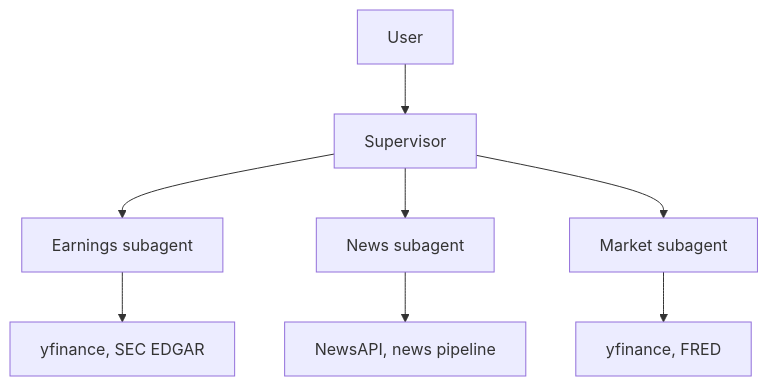
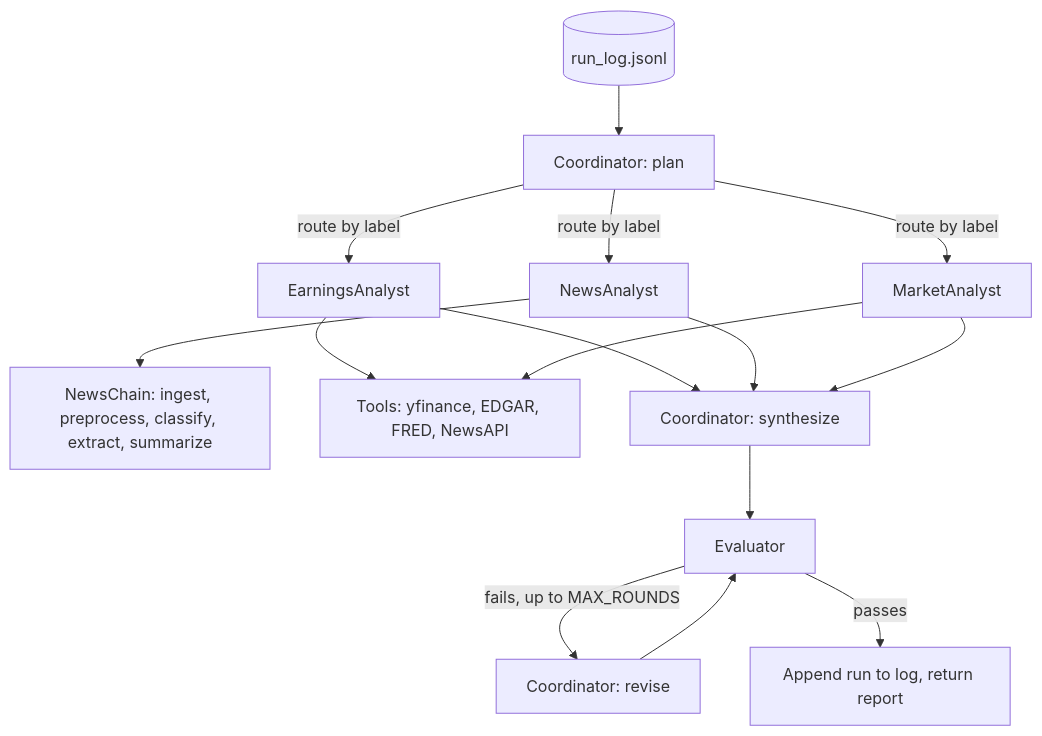
The diagram in README.md (seanmcgowanx/multi-agent-financial-analyst), drawn with Mermaid before and after one commit. The commit also changed other lines of this file and 22 other files, not shown here.

First line of the commit message:
refactor: replace LangChain scaffold with lab-style agent architecture

````diff
--- a/README.md
+++ b/README.md
@@ -10,10 +12,14 @@
 ```mermaid
 flowchart TD
-    U[User] --> S[Supervisor]
-    S --> E[Earnings subagent]
-    S --> N[News subagent]
-    S --> M[Market subagent]
-    E --> ET[yfinance, SEC EDGAR]
-    N --> NT[NewsAPI, news pipeline]
-    M --> MT[yfinance, FRED]
+    M[(run_log.jsonl)] --> C[Coordinator: plan]
+    C -- route by label --> E[EarningsAnalyst]
+    C -- route by label --> N[NewsAnalyst]
+    C -- route by label --> K[MarketAnalyst]
+    N --> NC[NewsChain: ingest, preprocess, classify, extract, summarize]
+    E --> T[Tools: yfinance, EDGAR, FRED, NewsAPI]
+    K --> T
+    E & N & K --> S[Coordinator: synthesize]
+    S --> V[Evaluator]
+    V -- fails, up to MAX_ROUNDS --> R[Coordinator: revise] --> V
+    V -- passes --> L[Append run to log, return report]
 ```
````
